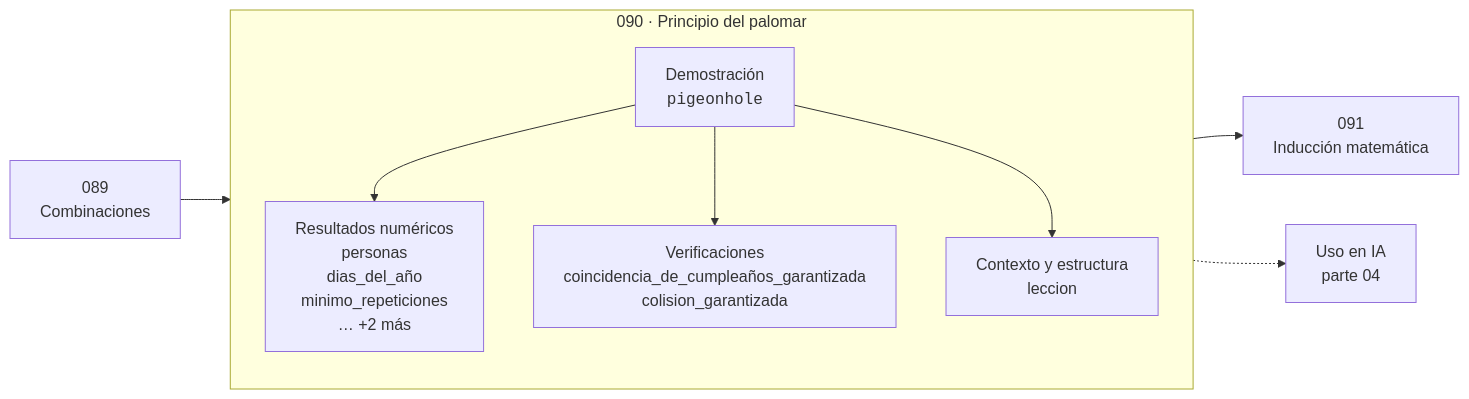
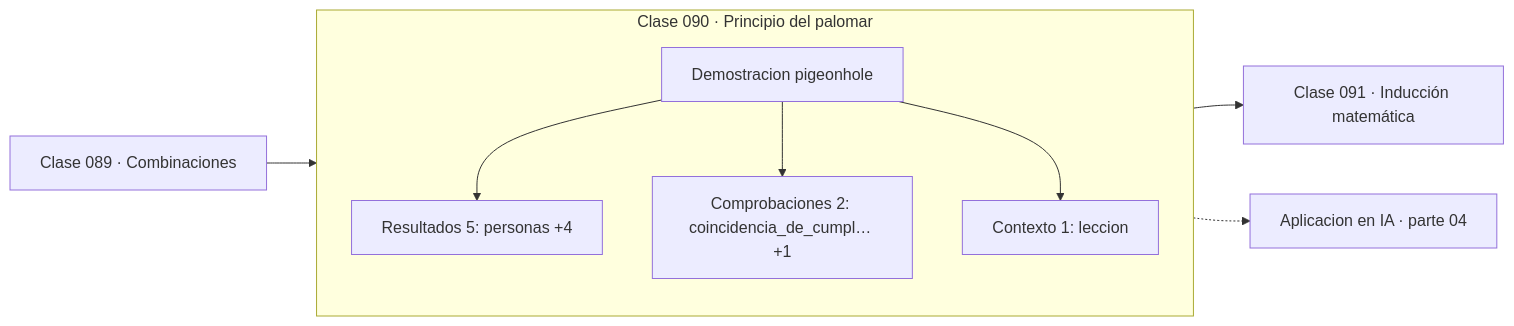
Before and after one commit to vladimiracunadev-create/computational-mathematics-program: the diagram in classes/part-04-matematica-discreta-para-computacion/090-principio-del-palomar/README.md, drawn with Mermaid. The commit also changed other lines of this file and 389 other files, not shown here.

First line of the commit message:
fix(diagramas): elimina el HTML de las etiquetas Mermaid

````diff
--- a/classes/part-04-matematica-discreta-para-computacion/090-principio-del-palomar/README.md
+++ b/classes/part-04-matematica-discreta-para-computacion/090-principio-del-palomar/README.md
@@ -30,12 +35,13 @@
 ```mermaid
 flowchart LR
-    P["089<br/>Combinaciones"] --> C
-    subgraph C["090 · Principio del palomar"]
+    P["Clase 089 · Combinaciones"] --> D
+    subgraph CLASE["Clase 090 · Principio del palomar"]
         direction TB
-        D["Demostración<br/><code>pigeonhole</code>"] --> R["Resultados numéricos<br/>personas<br/>dias_del_año<br/>minimo_repeticiones<br/>… +2 más"]
-        D --> V["Verificaciones<br/>coincidencia_de_cumpleaños_garantizada<br/>colision_garantizada"]
-        D --> O["Contexto y estructura<br/>leccion"]
+        D["Demostracion pigeonhole"]
+        D --> R["Resultados 5: personas +4"]
+        D --> V["Comprobaciones 2: coincidencia_de_cumpl… +1"]
+        D --> O["Contexto 1: leccion"]
     end
-    C --> N["091<br/>Inducción matemática"]
-    C -.-> IA["Uso en IA<br/>parte 04"]
+    R --> N["Clase 091 · Inducción matemática"]
+    V -.-> IA["Aplicacion en IA · parte 04"]
 ```
````
